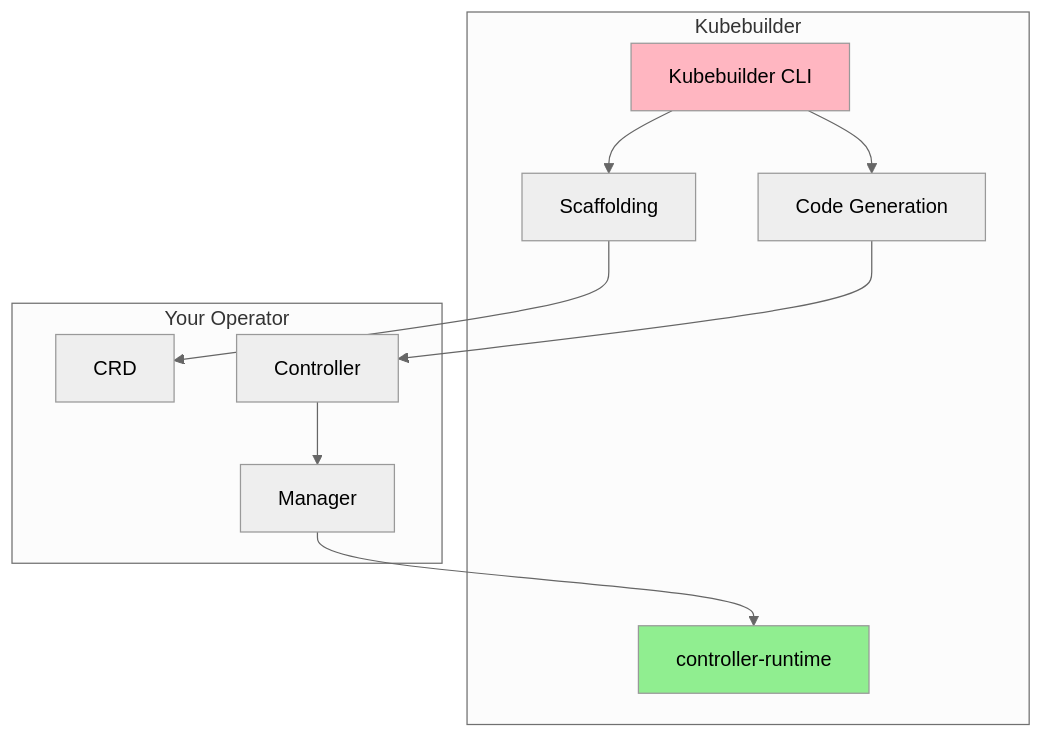
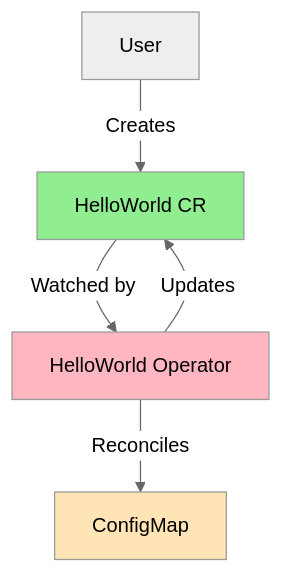
Before and after one commit to fallewi/advanced-kubernetes-trainings: the diagram in k8s-operators-pratique/module-02/lessons/02-kubebuilder-fundamentals.md, drawn with Mermaid (neutral theme). The commit also changed other lines of this file, not shown here.

First line of the commit message:
Revise lesson 2.4 on Kubebuilder fundamentals

````diff
--- a/k8s-operators-pratique/module-02/lessons/02-kubebuilder-fundamentals.md
+++ b/k8s-operators-pratique/module-02/lessons/02-kubebuilder-fundamentals.md
@@ -48,25 +181,11 @@
 ```mermaid
 graph TB
-    subgraph "Kubebuilder"
-        KB[Kubebuilder CLI]
-        SCAFFOLD[Scaffolding]
-        GENERATE[Code Generation]
-        RUNTIME[controller-runtime]
-    end
-    
-    subgraph "Your Operator"
-        CRD[CRD]
-        CONTROLLER[Controller]
-        MANAGER[Manager]
-    end
-    
-    KB --> SCAFFOLD
-    KB --> GENERATE
-    SCAFFOLD --> CRD
-    GENERATE --> CONTROLLER
-    CONTROLLER --> MANAGER
-    MANAGER --> RUNTIME
-    
-    style KB fill:#FFB6C1
-    style RUNTIME fill:#90EE90
+    USER[User] -->|Creates| HW[HelloWorld CR]
+    HW -->|Watched by| OP[HelloWorld Operator]
+    OP -->|Reconciles| CM[ConfigMap]
+    OP -->|Updates| HW
+
+    style OP fill:#FFB6C1
+    style HW fill:#90EE90
+    style CM fill:#FFE4B5
 ```
````
